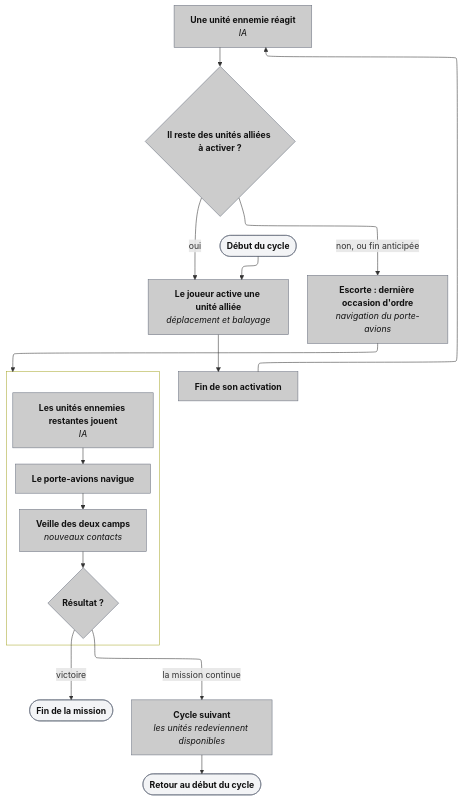
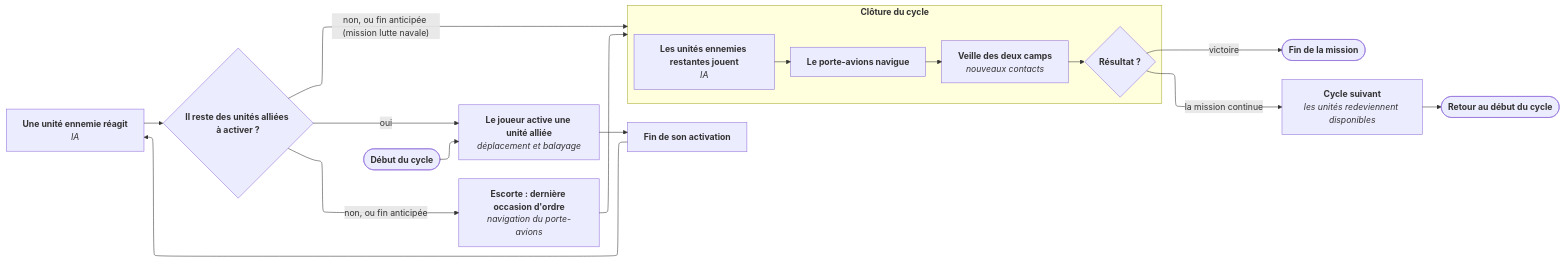
The diagram in docs/diagrams/04-cycle.md (peangoulvant/Tacticoop), drawn with Mermaid before and after one commit. The commit also changed other lines of this file and 9 other files, not shown here.

Commit message:
docs: update diagrams

````diff
--- a/docs/diagrams/04-cycle.md
+++ b/docs/diagrams/04-cycle.md
@@ -5,32 +6,32 @@
 ```mermaid
 ---
 config:
   layout: elk
+  theme: default
+  look: classic
 ---
-flowchart TB
-    debut(["`**Début du cycle**`"]):::ext --> act["`**Le joueur active une unité alliée**<br>*déplacement et balayage*`"]:::ui
-    act --> fin["`**Fin de son activation**`"]:::ui
-    fin --> reac["`**Une unité ennemie réagit**<br>*IA*`"]:::ui
-    reac --> reste{"`**Il reste des unités alliées à activer ?**`"}:::ui
-    reste -->|"oui"| act
-    reste -->|"non, ou fin anticipée"| ordre["`**Escorte : dernière occasion d'ordre**<br>*navigation du porte-avions*`"]:::ui
+flowchart LR
+ subgraph cloture["`**Clôture du cycle**`"]
+    direction TB
+        c1["`**Les unités ennemies restantes jouent**<br>*IA*`"]
+        c2["`**Le porte-avions navigue**`"]
+        c3["`**Veille des deux camps**<br>*nouveaux contacts*`"]
+        c4{"`**Résultat ?**`"}
+  end
+    debut(["`**Début du cycle**`"]) --> act["`**Le joueur active une unité alliée**<br>*déplacement et balayage*`"]
+    act --> fin["`**Fin de son activation**`"]
+    fin --> reac["`**Une unité ennemie réagit**<br>*IA*`"]
+    reac --> reste{"`**Il reste des unités alliées à activer ?**`"}
+    reste -- oui --> act
+    reste -- non, ou fin anticipée (mission lutte navale) --> cloture
+    reste -- non, ou fin anticipée --> ordre@{ label: "**Escorte : dernière occasion d'ordre**<br>*navigation du porte-avions*" }
     ordre --> cloture
+    c1 --> c2
+    c2 --> c3
+    c3 --> c4
+    c4 -- victoire --> victoire(["`**Fin de la mission**`"])
+    c4 -- la mission continue --> suivant["`**Cycle suivant**<br>*les unités redeviennent disponibles*`"]
+    suivant --> retour(["`**Retour au début du cycle**`"])
 
-    subgraph cloture["`**Clôture du cycle**`"]
-        direction TB
-        c1["`**Les unités ennemies restantes jouent**<br>*IA*`"]:::ui
-        c2["`**Le porte-avions navigue**`"]:::ui
-        c3["`**Veille des deux camps**<br>*nouveaux contacts*`"]:::ui
-        c4{"`**Résultat ?**`"}:::ui
-        c1 --> c2 --> c3 --> c4
-    end
-
-    c4 -->|"victoire"| victoire(["`**Fin de la mission**`"]):::ext
-    c4 -->|"la mission continue"| suivant["`**Cycle suivant**<br>*les unités redeviennent disponibles*`"]:::ui
-    suivant --> retour(["`**Retour au début du cycle**`"]):::ext
-
-    style cloture stroke:#fffff,fill:transparent,color:#ffffff
-
-    classDef ui fill:#cccccc,stroke:#6b7280,color:#111
-    classDef ext fill:#f3f4f6,stroke:#6b7280,color:#111
+    ordre@{ shape: rect}
 ```
````
